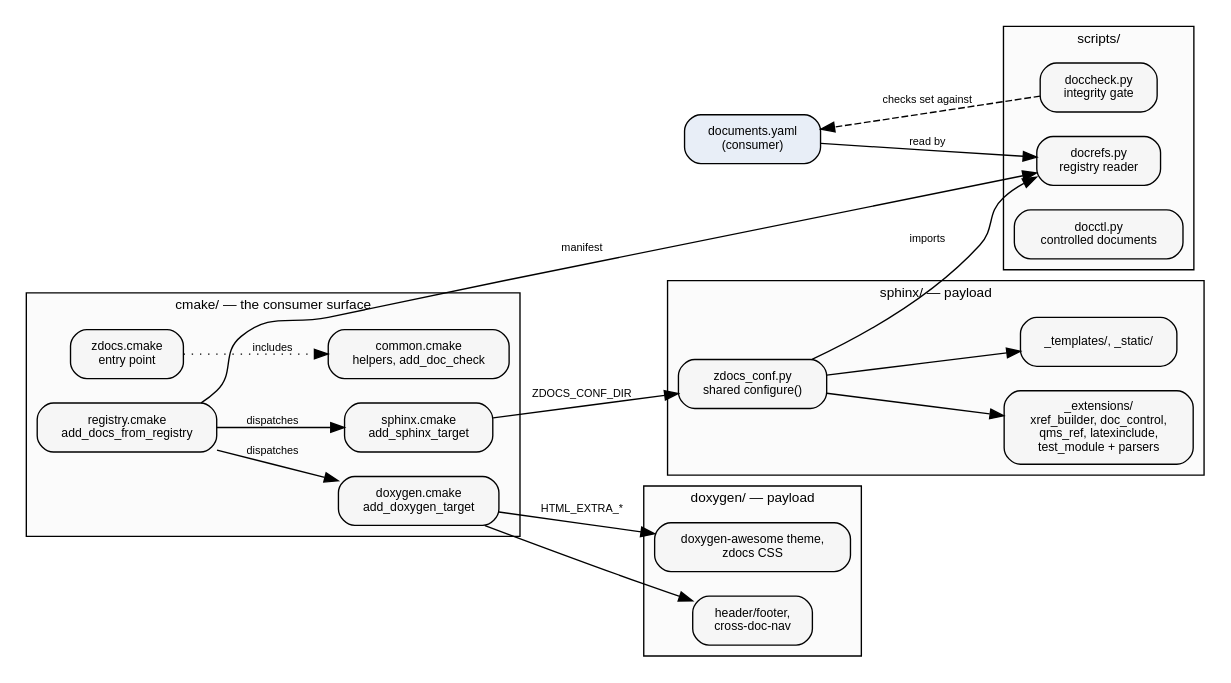
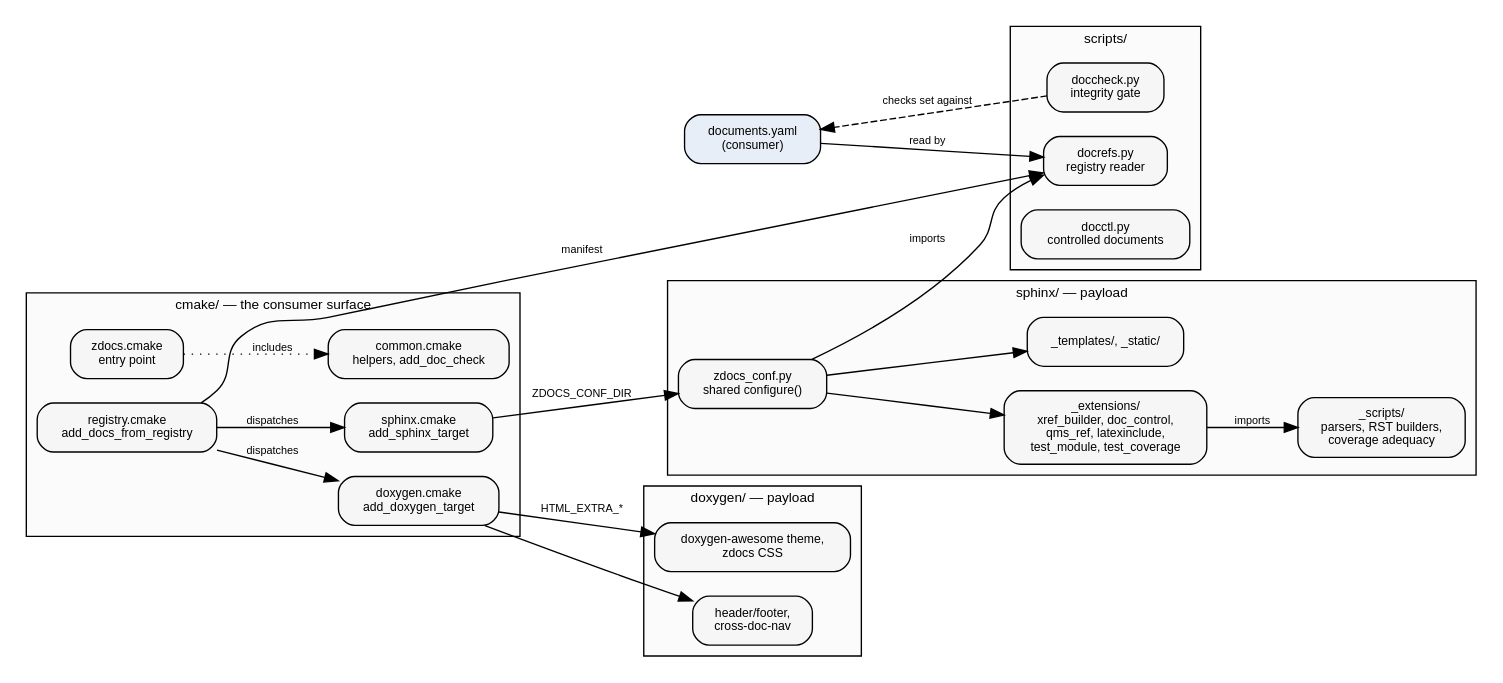
Before and after one commit to tiacsys/zdocs: the diagram in doc/manual/explanation/architecture/building-blocks.rst, drawn with Graphviz. The commit also changed other lines of this file and 76 other files, not shown here.

```diff
--- a/doc/manual/explanation/architecture/building-blocks.rst
+++ b/doc/manual/explanation/architecture/building-blocks.rst
@@ -10,55 +10,57 @@
 .. graphviz::
    :caption: Level 2 — inside zdocs
 
    digraph blocks {
      rankdir=LR;
      compound=true;
      node [shape=box, style="rounded,filled", fillcolor="#f6f6f6",
            fontname="Helvetica", fontsize=9, margin="0.16,0.10"];
      edge [fontname="Helvetica", fontsize=8];
      graph [fontname="Helvetica", fontsize=10, style=filled, fillcolor="#fbfbfb"];
 
      registry_file [label="documents.yaml\n(consumer)", fillcolor="#e8eef7"];
 
      subgraph cluster_cmake {
        label="cmake/ — the consumer surface";
        zdocs_cm   [label="zdocs.cmake\nentry point"];
        common_cm  [label="common.cmake\nhelpers, add_doc_check"];
        registry_cm[label="registry.cmake\nadd_docs_from_registry"];
        sphinx_cm  [label="sphinx.cmake\nadd_sphinx_target"];
        doxygen_cm [label="doxygen.cmake\nadd_doxygen_target"];
      }
 
      subgraph cluster_scripts {
        label="scripts/";
        docrefs  [label="docrefs.py\nregistry reader"];
        doccheck [label="doccheck.py\nintegrity gate"];
        docctl   [label="docctl.py\ncontrolled documents"];
      }
 
      subgraph cluster_sphinx {
        label="sphinx/ — payload";
        conf   [label="zdocs_conf.py\nshared configure()"];
-       exts   [label="_extensions/\nxref_builder, doc_control,\nqms_ref, latexinclude,\ntest_module + parsers"];
+       exts   [label="_extensions/\nxref_builder, doc_control,\nqms_ref, latexinclude,\ntest_module, test_coverage"];
+       libs   [label="_scripts/\nparsers, RST builders,\ncoverage adequacy"];
        tmpl   [label="_templates/, _static/"];
      }
 
      subgraph cluster_doxygen {
        label="doxygen/ — payload";
        theme  [label="doxygen-awesome theme,\nzdocs CSS"];
        nav    [label="header/footer,\ncross-doc-nav"];
      }
 
      registry_file -> docrefs [label="read by"];
      zdocs_cm   -> common_cm  [style=dotted, label="includes"];
      registry_cm -> sphinx_cm  [label="dispatches"];
      registry_cm -> doxygen_cm [label="dispatches"];
      registry_cm -> docrefs   [label="manifest"];
      sphinx_cm  -> conf       [label="ZDOCS_CONF_DIR"];
      conf       -> docrefs    [label="imports"];
      conf       -> exts;
+     exts       -> libs       [label="imports"];
      conf       -> tmpl;
      doxygen_cm -> theme      [label="HTML_EXTRA_*"];
      doxygen_cm -> nav;
      doccheck   -> registry_file [style=dashed, label="checks set against"];
    }
```
